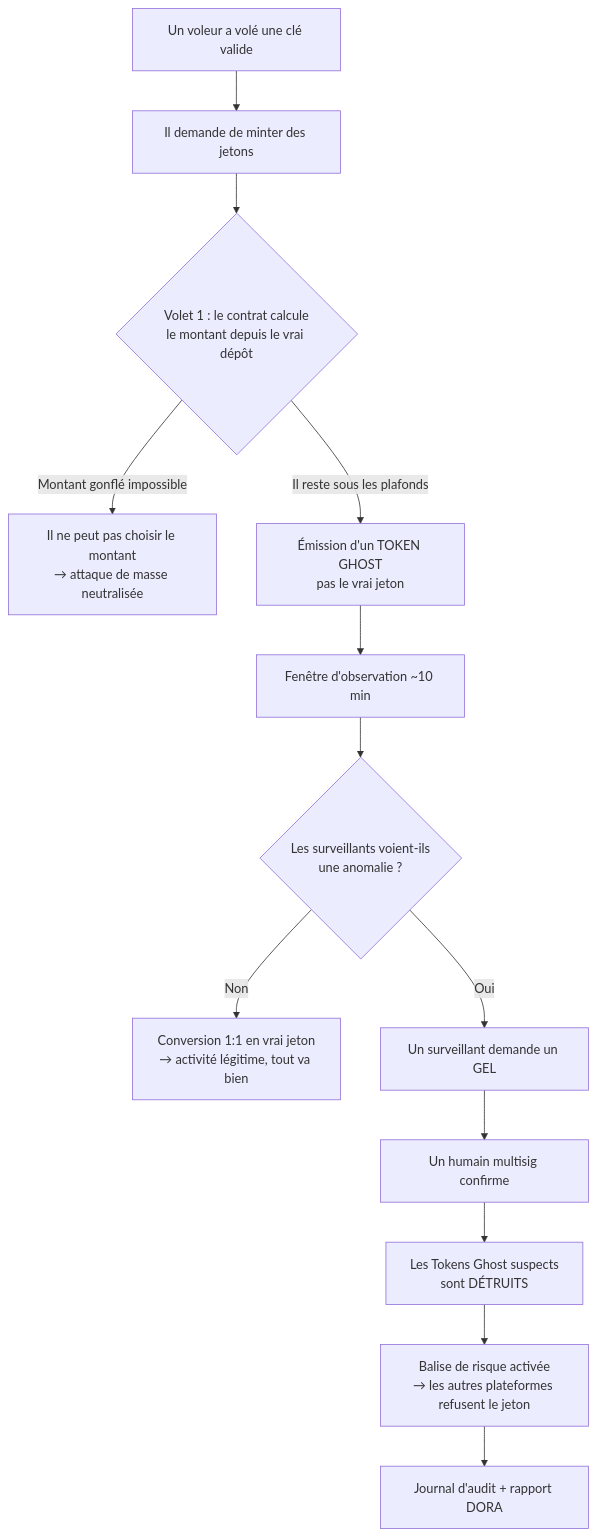
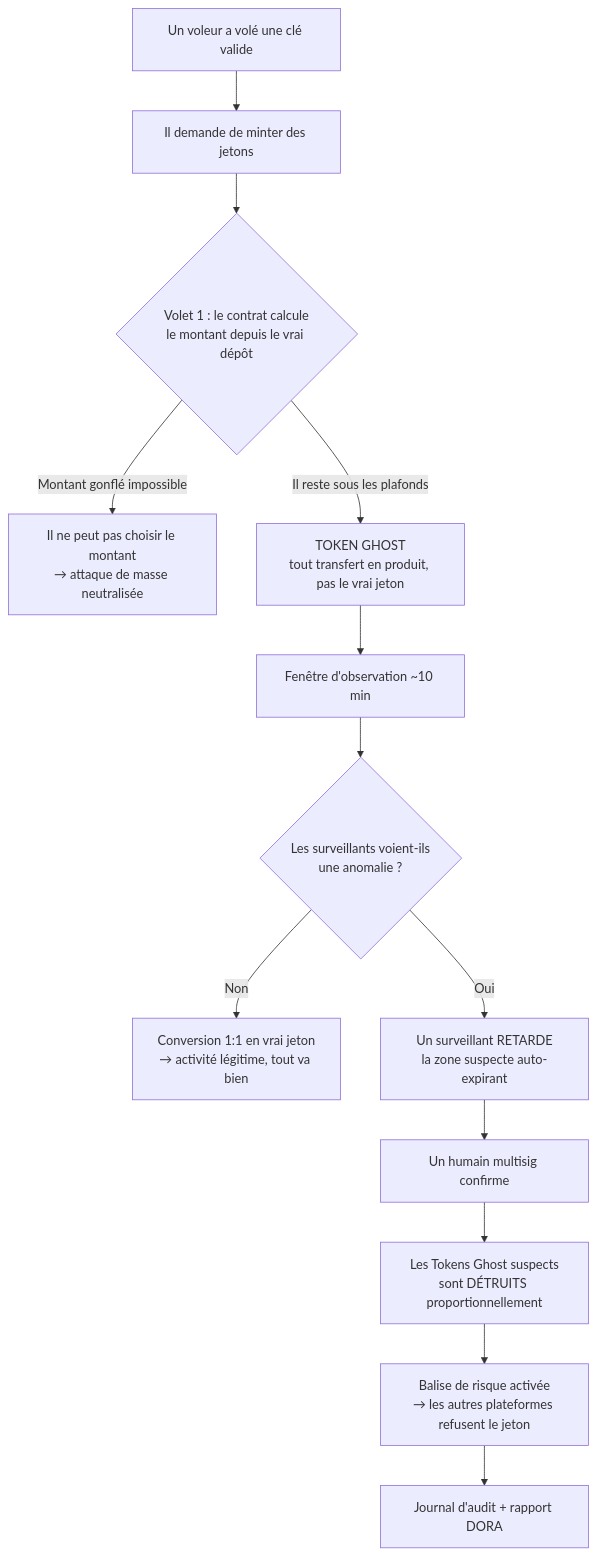
The diagram in docs-site/le-parcours-dune-attaque.mdx (marceaupatu123/secure-horizons), drawn with Mermaid before and after one commit. The commit also changed other lines of this file and 4 other files, not shown here.

First line of the commit message:
docs: aligne la doc narrative sur les decisions Ghost + volet 2

````diff
--- a/docs-site/le-parcours-dune-attaque.mdx
+++ b/docs-site/le-parcours-dune-attaque.mdx
@@ -11,15 +11,15 @@
 ```mermaid
 flowchart TD
     A[Un voleur a volé une clé valide] --> B[Il demande de minter des jetons]
     B --> C{Volet 1 : le contrat calcule<br/>le montant depuis le vrai dépôt}
     C -->|Montant gonflé impossible| D[Il ne peut pas choisir le montant<br/>→ attaque de masse neutralisée]
-    C -->|Il reste sous les plafonds| E[Émission d'un TOKEN GHOST<br/>pas le vrai jeton]
+    C -->|Il reste sous les plafonds| E[TOKEN GHOST<br/>tout transfert en produit, pas le vrai jeton]
     E --> F[Fenêtre d'observation ~10 min]
     F --> G{Les surveillants voient-ils<br/>une anomalie ?}
     G -->|Non| H[Conversion 1:1 en vrai jeton<br/>→ activité légitime, tout va bien]
-    G -->|Oui| I[Un surveillant demande un GEL]
+    G -->|Oui| I[Un surveillant RETARDE<br/>la zone suspecte auto-expirant]
     I --> J[Un humain multisig confirme]
-    J --> K[Les Tokens Ghost suspects<br/>sont DÉTRUITS]
+    J --> K[Les Tokens Ghost suspects<br/>sont DÉTRUITS proportionnellement]
     K --> L[Balise de risque activée<br/>→ les autres plateformes refusent le jeton]
     L --> M[Journal d'audit + rapport DORA]
 ```
````
